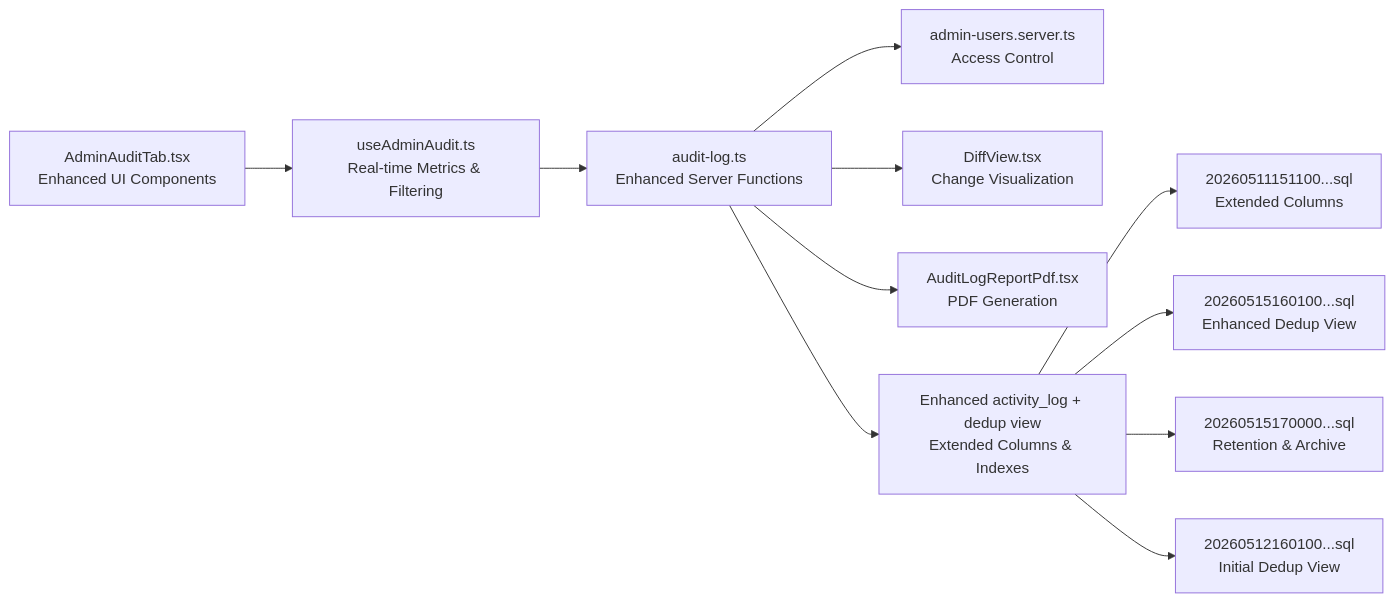
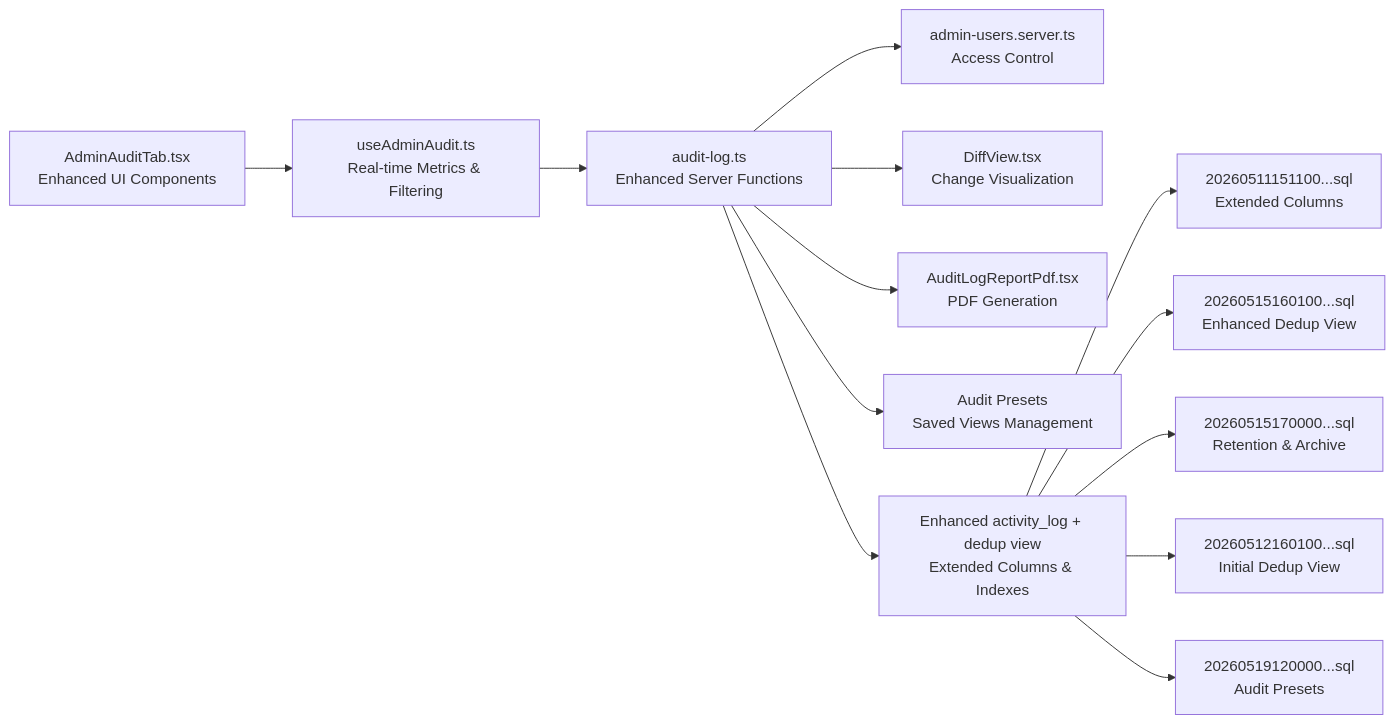
Diagram 14 of 14 in .qoder/repowiki/en/content/Administrative Features/Audit Logging System.md (gastaldellomarco/pcReady), drawn with Mermaid before and after one commit. The commit also changed other lines of this file and 12 other files, not shown here.

````diff
--- a/.qoder/repowiki/en/content/Administrative Features/Audit Logging System.md
+++ b/.qoder/repowiki/en/content/Administrative Features/Audit Logging System.md
@@ -641,13 +711,15 @@
 ```mermaid
 graph LR
 UI["AdminAuditTab.tsx<br/>Enhanced UI Components"] --> HOOK["useAdminAudit.ts<br/>Real-time Metrics & Filtering"]
 HOOK --> SRV["audit-log.ts<br/>Enhanced Server Functions"]
 SRV --> SEC["admin-users.server.ts<br/>Access Control"]
 SRV --> DIFF["DiffView.tsx<br/>Change Visualization"]
 SRV --> PDF["AuditLogReportPdf.tsx<br/>PDF Generation"]
+SRV --> PRESETS["Audit Presets<br/>Saved Views Management"]
 SRV --> DB["Enhanced activity_log + dedup view<br/>Extended Columns & Indexes"]
 DB --> MIG1["20260511151100...sql<br/>Extended Columns"]
 DB --> MIG2["20260515160100...sql<br/>Enhanced Dedup View"]
 DB --> MIG3["20260515170000...sql<br/>Retention & Archive"]
 DB --> MIG4["20260512160100...sql<br/>Initial Dedup View"]
+DB --> MIG5["20260519120000...sql<br/>Audit Presets"]
 ```
````
